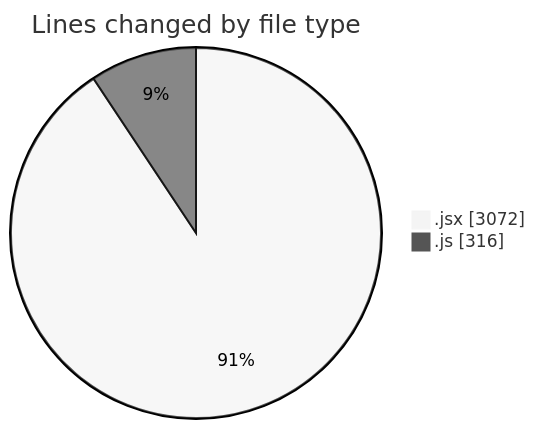
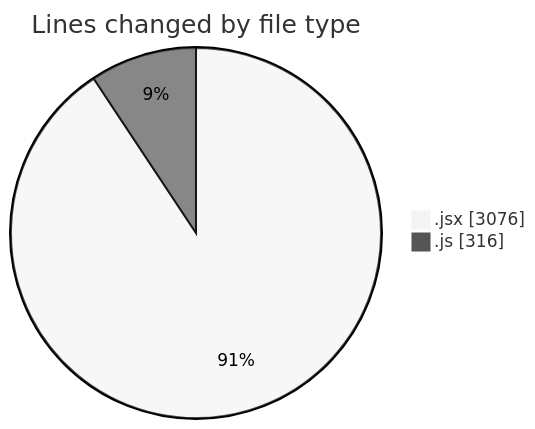
The first of 2 diagrams in 2025-07-10/argos/README.md (nxtqubesakshisongat/code-tracking), drawn with Mermaid (neutral theme) before and after one commit. The commit also changed other lines of this file and 1 other file, not shown here.

````diff
--- a/2025-07-10/argos/README.md
+++ b/2025-07-10/argos/README.md
@@ -25,6 +25,6 @@
 ```mermaid
 pie showData
 title Lines changed by file type
-".jsx" : 3072
+".jsx" : 3076
 ".js" : 316
 ```
````
